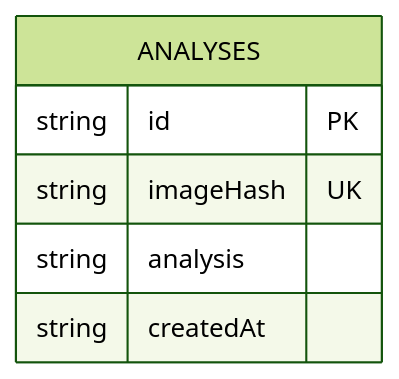
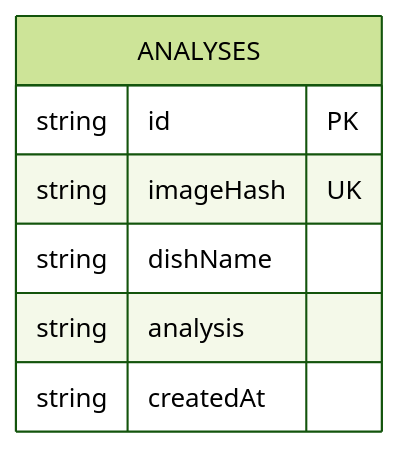
One commit to johncarlangelo/SmartBite changed the diagram in demo-app-VISION/nextjs-app/docs/database-schema.md. Above: the diagram before and after it, drawn with Mermaid (forest theme). The commit also changed other lines of this file and 10 other files, not shown here.

First line of the commit message:
feat(cache): add semantic caching by dish name for image analysis

````diff
--- a/demo-app-VISION/nextjs-app/docs/database-schema.md
+++ b/demo-app-VISION/nextjs-app/docs/database-schema.md
@@ -9,9 +9,10 @@
 ```mermaid
 erDiagram
     ANALYSES {
         string id PK
         string imageHash UK
+        string dishName
         string analysis
         string createdAt
     }
 ```
````
